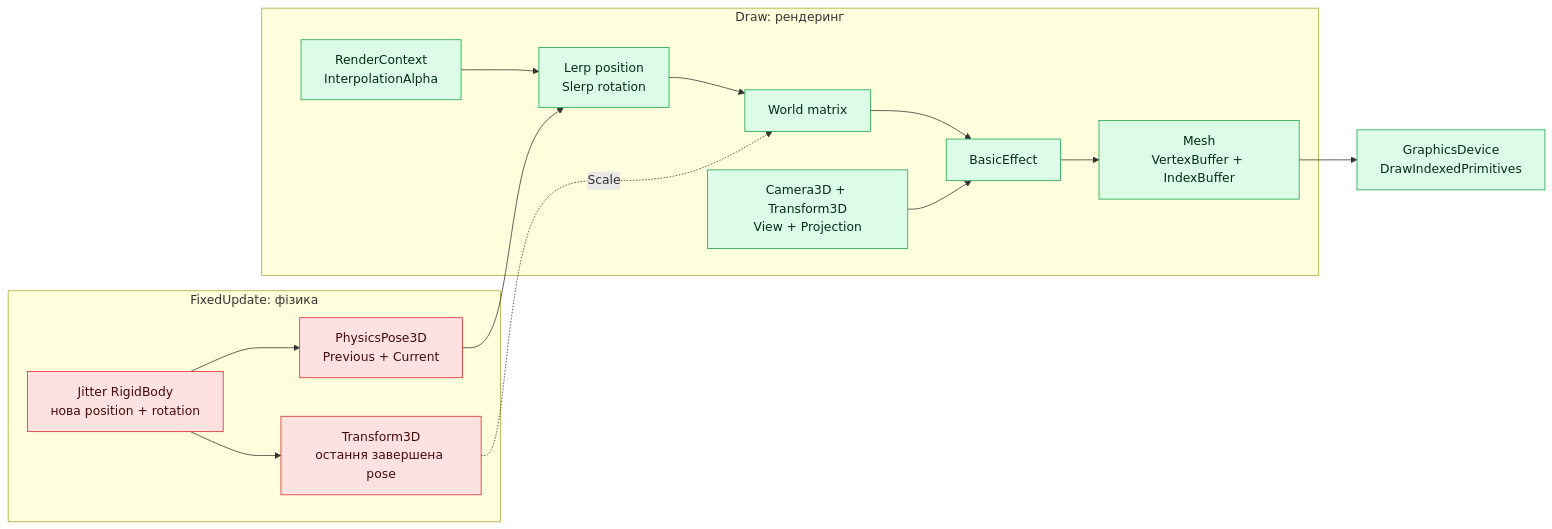
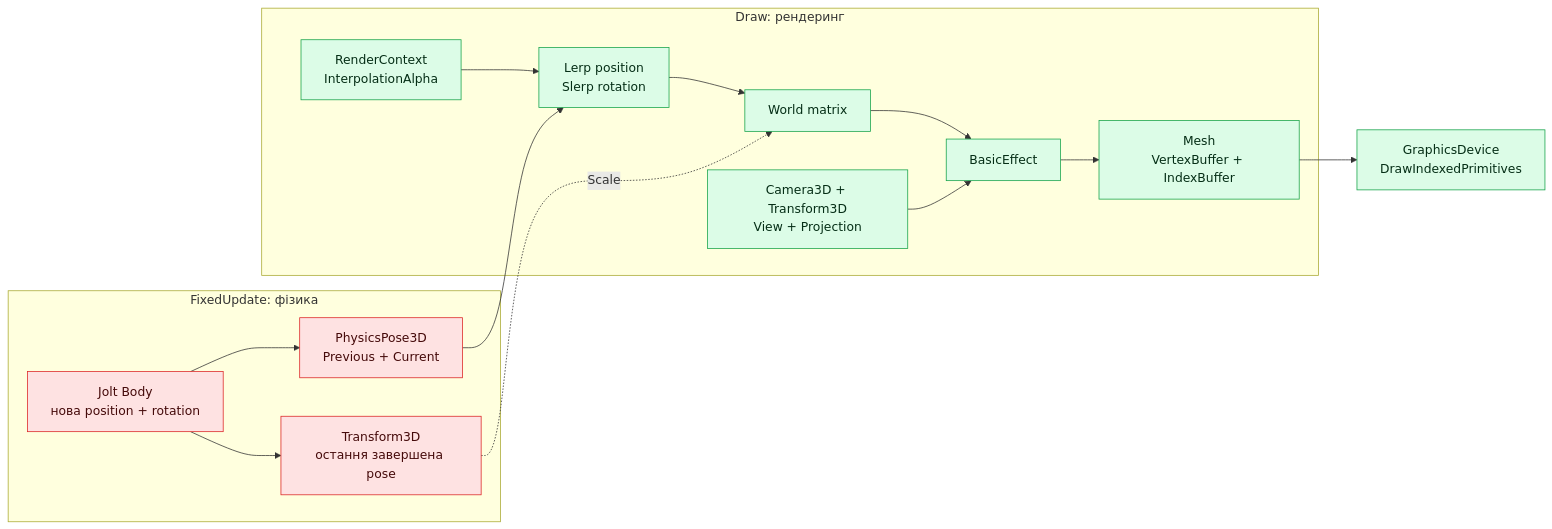
One commit to 7wai7/MonoGame-project changed the first of 4 diagrams in docs/diagrams/07-render-interpolation.md. Above: the diagram before and after it, drawn with Mermaid. The commit also changed other lines of this file and 47 other files, not shown here.

Commit message:
feat(terrain): add streamed EXR terrain and Jolt heightfield physics - Added landscape based on EXR maps, chunks, and streaming rendering with LOD. - Replaced Jitter2 with Jolt; added heightfield colliders around the camera and moving bodies. - Added performance metrics and a physics smoke test.

```diff
--- a/docs/diagrams/07-render-interpolation.md
+++ b/docs/diagrams/07-render-interpolation.md
@@ -8,33 +8,33 @@
 ~~~mermaid
 flowchart LR
     subgraph Physics["FixedUpdate: фізика"]
-        J["Jitter RigidBody<br/>нова position + rotation"]
+        J["Jolt Body<br/>нова position + rotation"]
         T["Transform3D<br/>остання завершена pose"]
         P["PhysicsPose3D<br/>Previous + Current"]
         J --> T
         J --> P
     end
 
     subgraph Render["Draw: рендеринг"]
         Time["RenderContext<br/>InterpolationAlpha"]
         Interpolate["Lerp position<br/>Slerp rotation"]
         WorldMatrix["World matrix"]
         Camera["Camera3D + Transform3D<br/>View + Projection"]
         Effect["BasicEffect"]
         Mesh["Mesh<br/>VertexBuffer + IndexBuffer"]
     end
 
     P --> Interpolate
     Time --> Interpolate
     Interpolate --> WorldMatrix
     T -. "Scale" .-> WorldMatrix
     WorldMatrix --> Effect
     Camera --> Effect
     Effect --> Mesh
     Mesh --> GPU["GraphicsDevice<br/>DrawIndexedPrimitives"]
 
     classDef physics fill:#fee2e2,stroke:#dc2626,color:#450a0a
     classDef render fill:#dcfce7,stroke:#16a34a,color:#052e16
     class J,T,P physics
     class Time,Interpolate,WorldMatrix,Camera,Effect,Mesh,GPU render
 ~~~
```
